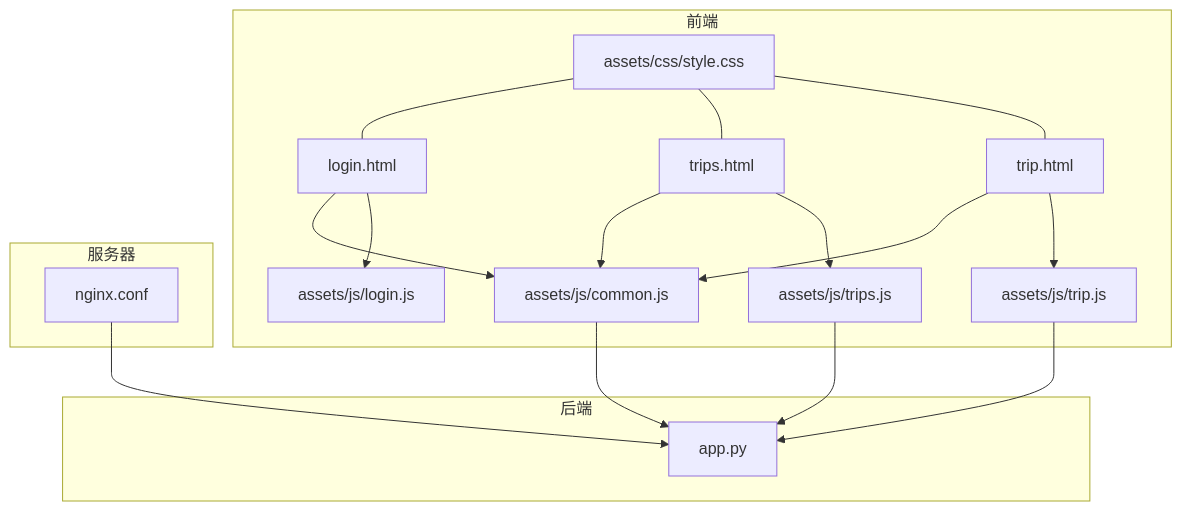
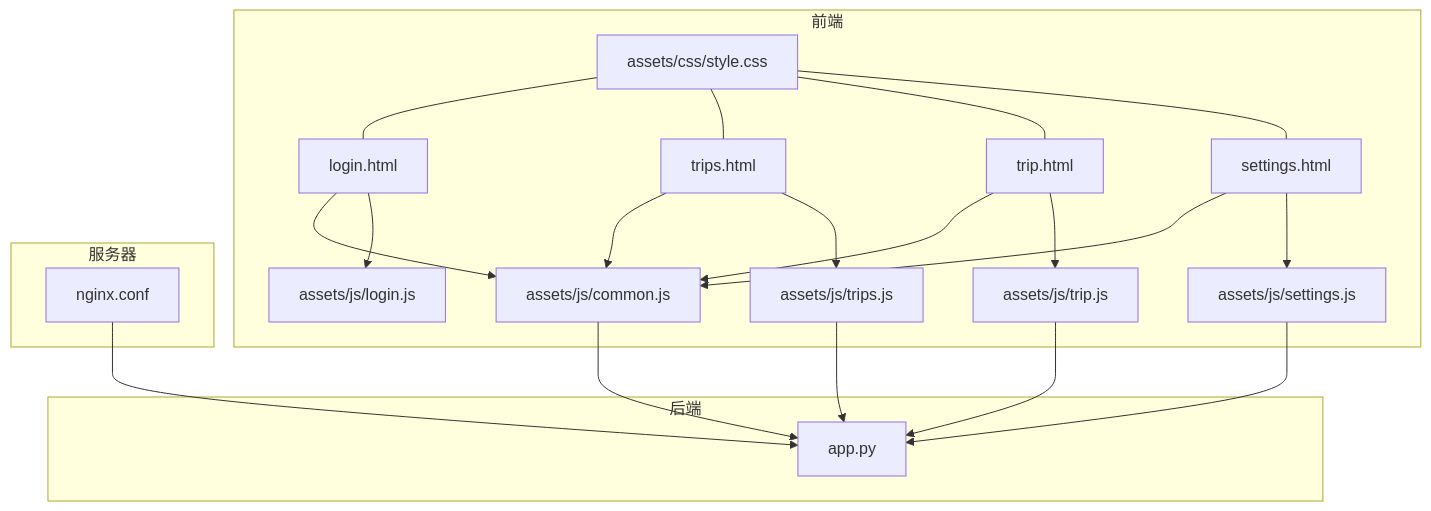
The first of 5 diagrams in .qoder/repowiki/zh/content/开发指南.md (louyinmin/recorded), drawn with Mermaid before and after one commit. The commit also changed other lines of this file and 6 other files, not shown here.

````diff
--- a/.qoder/repowiki/zh/content/开发指南.md
+++ b/.qoder/repowiki/zh/content/开发指南.md
@@ -46,32 +50,38 @@
 ```mermaid
 graph TB
 subgraph "前端"
 L["login.html"]
 T["trips.html"]
 D["trip.html"]
+S["settings.html"]
 CSS["assets/css/style.css"]
 JSCommon["assets/js/common.js"]
 JSLogin["assets/js/login.js"]
+JSSettings["assets/js/settings.js"]
 JSTrips["assets/js/trips.js"]
 JSTrip["assets/js/trip.js"]
 end
 subgraph "后端"
 PY["app.py"]
 end
 subgraph "服务器"
 NGINX["nginx.conf"]
 end
 L --> JSCommon
 L --> JSLogin
 T --> JSCommon
 T --> JSTrips
 D --> JSCommon
 D --> JSTrip
+S --> JSCommon
+S --> JSSettings
 JSCommon --> PY
 JSTrips --> PY
 JSTrip --> PY
+JSSettings --> PY
 NGINX --> PY
 CSS --- L
 CSS --- T
 CSS --- D
+CSS --- S
 ```
````
